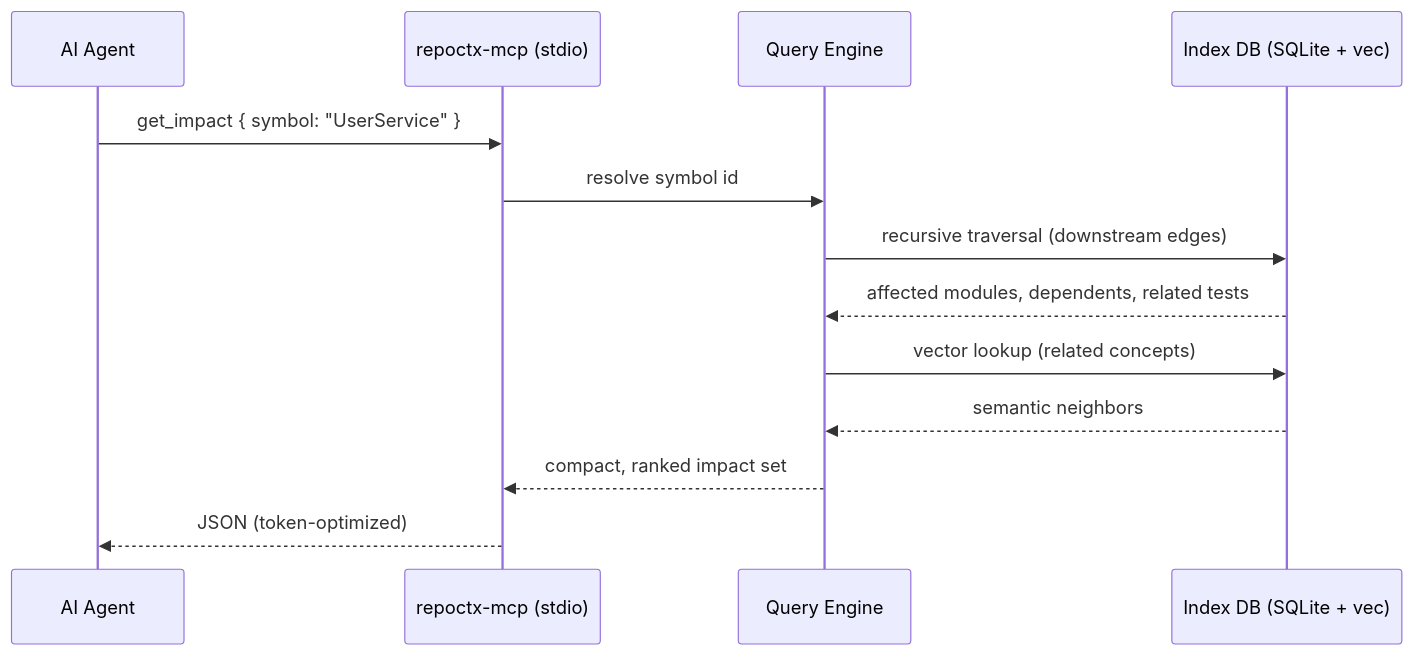
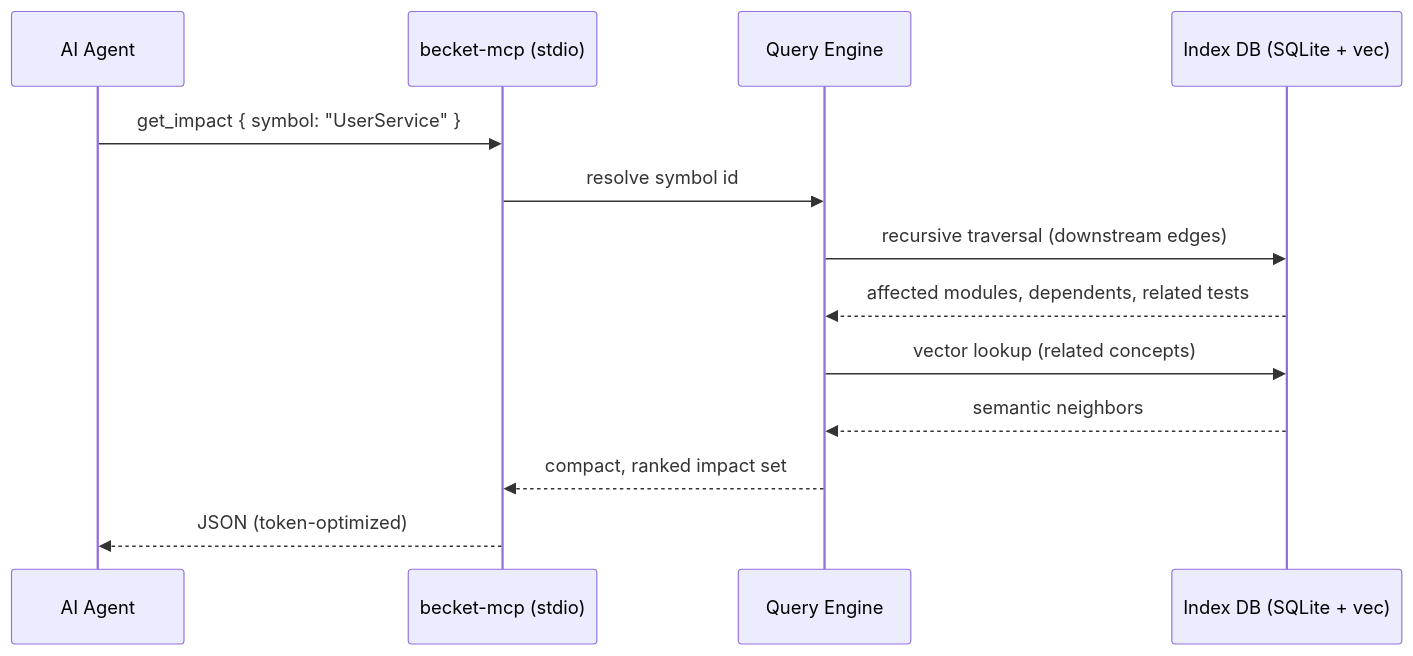
The third of 6 diagrams in ARCHITECTURE.md (GabrieleRuggieri/becket), drawn with Mermaid before and after one commit. The commit also changed other lines of this file and 152 other files, not shown here.

First line of the commit message:
rename: RepoCtx → Becket (crates, CLI, MCP, docs, website)

````diff
--- a/ARCHITECTURE.md
+++ b/ARCHITECTURE.md
@@ -212,16 +212,16 @@
 ```mermaid
 sequenceDiagram
     participant Agent as AI Agent
-    participant MCP as repoctx-mcp (stdio)
+    participant MCP as becket-mcp (stdio)
     participant Q as Query Engine
     participant DB as Index DB (SQLite + vec)
 
     Agent->>MCP: get_impact { symbol: "UserService" }
     MCP->>Q: resolve symbol id
     Q->>DB: recursive traversal (downstream edges)
     DB-->>Q: affected modules, dependents, related tests
     Q->>DB: vector lookup (related concepts)
     DB-->>Q: semantic neighbors
     Q-->>MCP: compact, ranked impact set
     MCP-->>Agent: JSON (token-optimized)
 ```
````
